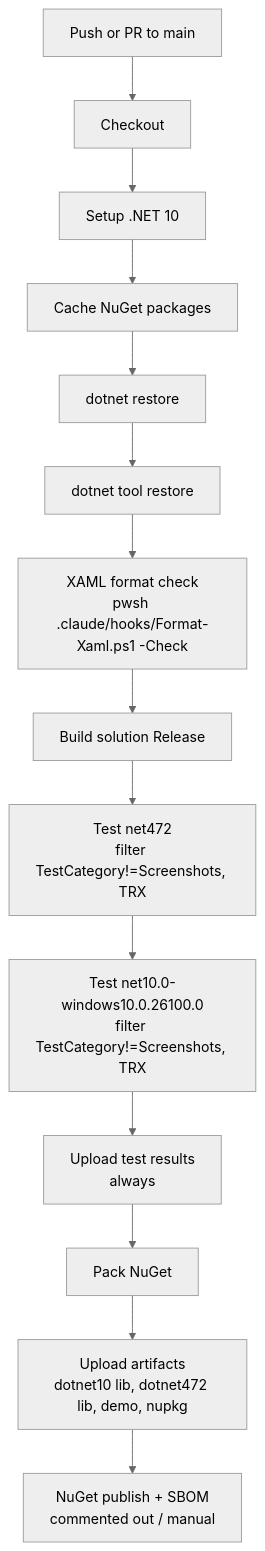
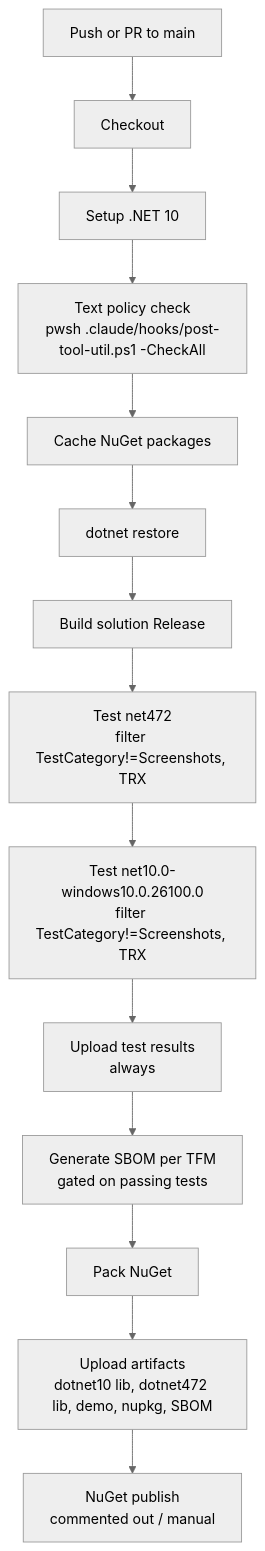
Before and after one commit to sintaxasn/PSAppDeployToolkit: the diagram in AGENTS.md, drawn with Mermaid (neutral theme). The commit also changed other lines of this file and 102 other files, not shown here.

````diff
--- a/AGENTS.md
+++ b/AGENTS.md
@@ -301,16 +299,16 @@
 ```mermaid
 flowchart TD
     A[Push or PR to main] --> B[Checkout]
     B --> C[Setup .NET 10]
-    C --> D[Cache NuGet packages]
+    C --> G[Text policy check<br/>pwsh .claude/hooks/post-tool-util.ps1 -CheckAll]
+    G --> D[Cache NuGet packages]
     D --> E[dotnet restore]
-    E --> F[dotnet tool restore]
-    F --> G[XAML format check<br/>pwsh .claude/hooks/Format-Xaml.ps1 -Check]
-    G --> H[Build solution Release]
+    E --> H[Build solution Release]
     H --> I[Test net472<br/>filter TestCategory!=Screenshots, TRX]
     I --> J[Test net10.0-windows10.0.26100.0<br/>filter TestCategory!=Screenshots, TRX]
     J --> K[Upload test results<br/>always]
-    K --> L[Pack NuGet]
-    L --> M[Upload artifacts<br/>dotnet10 lib, dotnet472 lib, demo, nupkg]
-    M --> N[NuGet publish + SBOM<br/>commented out / manual]
+    K --> S[Generate SBOM per TFM<br/>gated on passing tests]
+    S --> L[Pack NuGet]
+    L --> M[Upload artifacts<br/>dotnet10 lib, dotnet472 lib, demo, nupkg, SBOM]
+    M --> N[NuGet publish<br/>commented out / manual]
 ```
````
